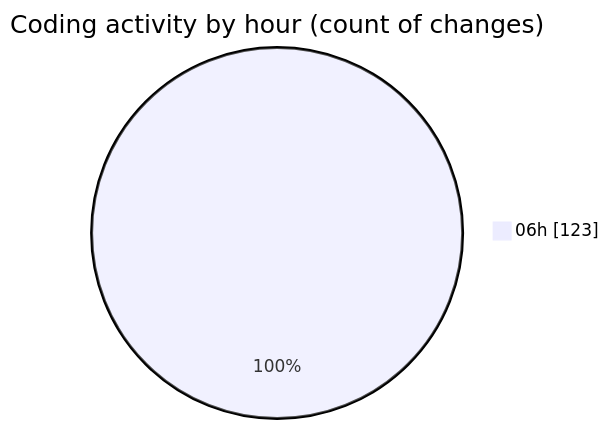
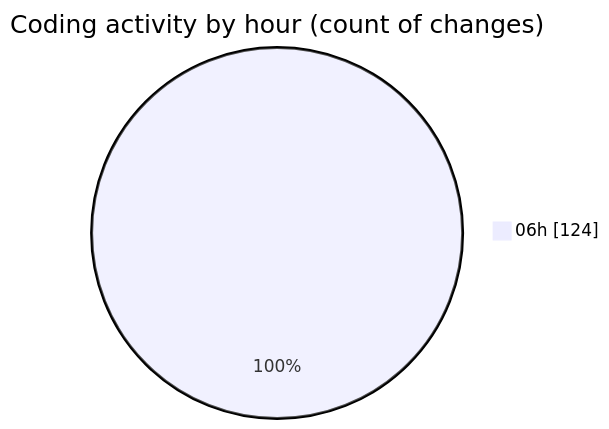
Before and after one commit to vahidmafi/code-tracking: the second of 2 diagrams in 2025-11-09/shop/README.md, drawn with Mermaid. The commit also changed other lines of this file and 1 other file, not shown here.

````diff
--- a/2025-11-09/shop/README.md
+++ b/2025-11-09/shop/README.md
@@ -88,5 +89,5 @@
 ```mermaid
 pie showData
 title Coding activity by hour (count of changes)
-"06h" : 123
+"06h" : 124
 ```
````
